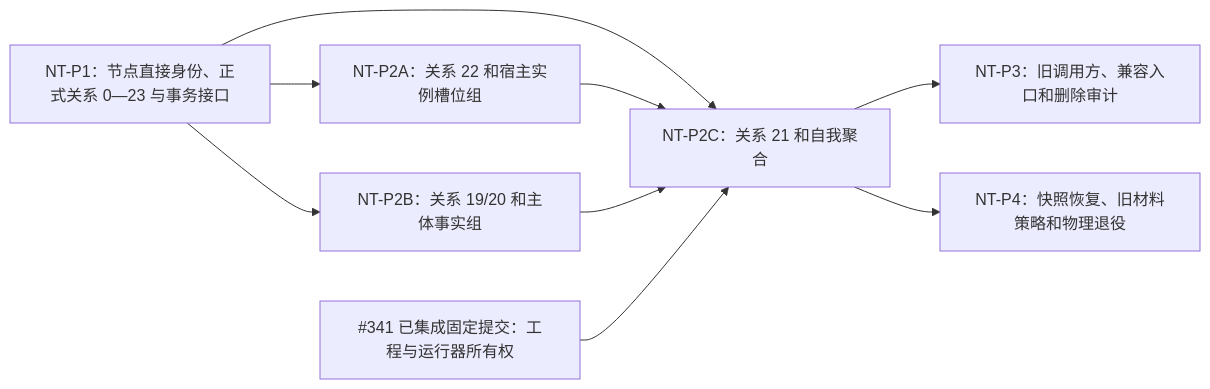
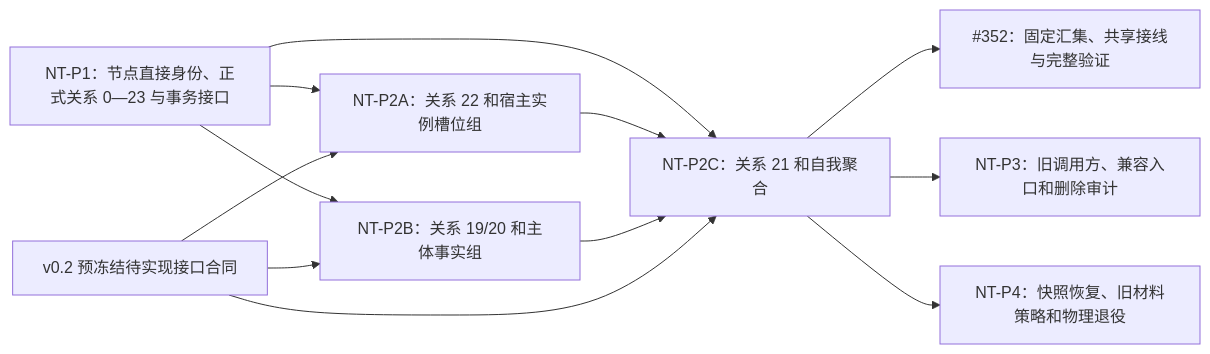
Before and after one commit to chunhaizh-cyber/HY-Ego: the third of 3 diagrams in 项目记忆/设计记录/20260722_NODE-TYPED-MIGRATION_NT-P2C_函数结构知识图谱.md, drawn with Mermaid. The commit also changed other lines of this file and 72 other files, not shown here.

````diff
--- a/项目记忆/设计记录/20260722_NODE-TYPED-MIGRATION_NT-P2C_函数结构知识图谱.md
+++ b/项目记忆/设计记录/20260722_NODE-TYPED-MIGRATION_NT-P2C_函数结构知识图谱.md
@@ -281,11 +281,14 @@
 ```mermaid
 flowchart LR
     P1["NT-P1：节点直接身份、正式关系 0—23 与事务接口"] --> P2A["NT-P2A：关系 22 和宿主实例槽位组"]
     P1 --> P2B["NT-P2B：关系 19/20 和主体事实组"]
     P1 --> P2C["NT-P2C：关系 21 和自我聚合"]
     P2A --> P2C
     P2B --> P2C
-    P2B工程["#341 已集成固定提交：工程与运行器所有权"] --> P2C
+    合同["v0.2 预冻结待实现接口合同"] --> P2A
+    合同 --> P2B
+    合同 --> P2C
+    P2C --> FINAL["#352：固定汇集、共享接线与完整验证"]
     P2C --> P3["NT-P3：旧调用方、兼容入口和删除审计"]
     P2C --> P4["NT-P4：快照恢复、旧材料策略和物理退役"]
 ```
````
